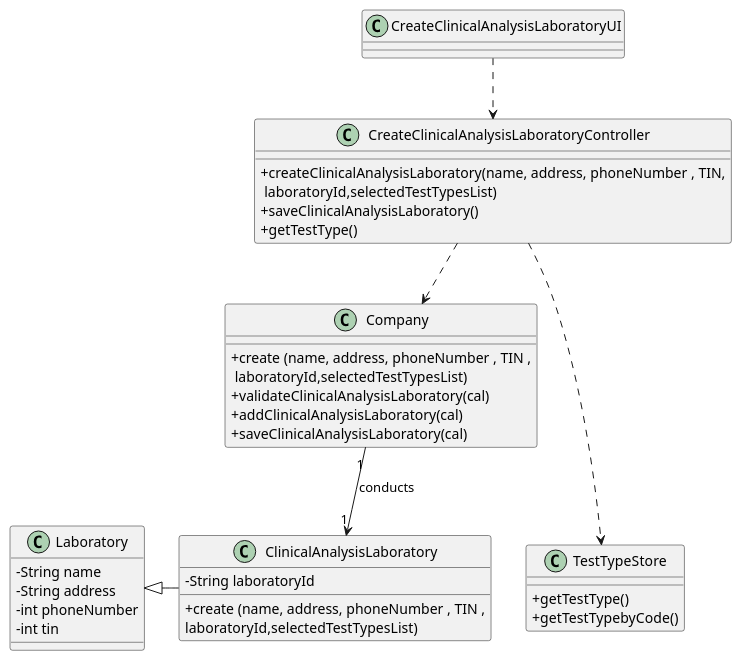
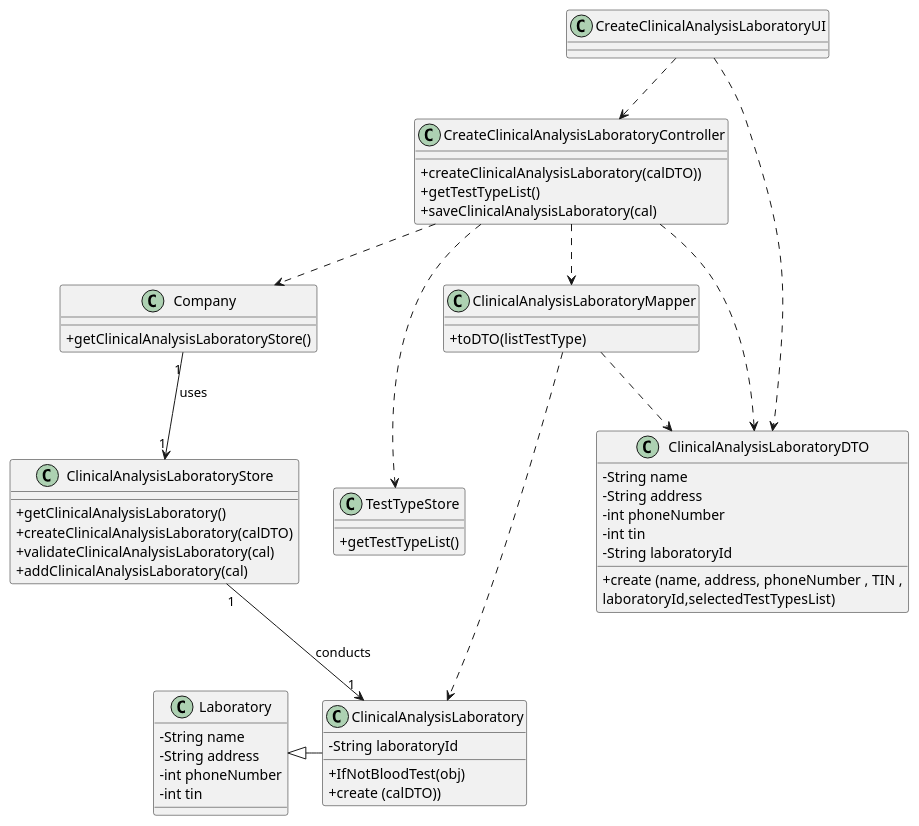
Before and after one commit to manu-07-ela/LAPR2_ISEP: the diagram in docs/SprintB/US08/US08_CD.puml, drawn with PlantUML. The commit also changed 3 other files, not shown here.

```diff
--- a/docs/SprintB/US08/US08_CD.puml
+++ b/docs/SprintB/US08/US08_CD.puml
@@ -1,53 +1,75 @@
 @startuml
 skinparam classAttributeIconSize 0
 
 class CreateClinicalAnalysisLaboratoryUI{
 }
 
 class CreateClinicalAnalysisLaboratoryController{
-  +createClinicalAnalysisLaboratory(name, address, phoneNumber , TIN,\n laboratoryId,selectedTestTypesList)
-  +saveClinicalAnalysisLaboratory()
-  +getTestType()
+  +createClinicalAnalysisLaboratory(calDTO))
+  +getTestTypeList()
+  +saveClinicalAnalysisLaboratory(cal)
 }
 
 class Company{
-+create (name, address, phoneNumber , TIN ,\n laboratoryId,selectedTestTypesList)
-  +validateClinicalAnalysisLaboratory(cal)
-  +addClinicalAnalysisLaboratory(cal)
-  +saveClinicalAnalysisLaboratory(cal)
+  +getClinicalAnalysisLaboratoryStore()
 }
 
 
 class ClinicalAnalysisLaboratory {
   -String laboratoryId
-  +create (name, address, phoneNumber , TIN ,\nlaboratoryId,selectedTestTypesList)
+  +IfNotBloodTest(obj)
+  +create (calDTO))
 
 
 }
 
 class Laboratory {
   -String name
   -String address
   -int phoneNumber
   -int tin
 
 }
 
 class TestTypeStore{
-+getTestType()
-+getTestTypebyCode()
++getTestTypeList()
+}
+
+class ClinicalAnalysisLaboratoryStore{
+  +getClinicalAnalysisLaboratory()
+  +createClinicalAnalysisLaboratory(calDTO)
+  +validateClinicalAnalysisLaboratory(cal)
+  +addClinicalAnalysisLaboratory(cal)
+}
+
+class ClinicalAnalysisLaboratoryMapper {
+   +toDTO(listTestType)
+}
+
+
+class ClinicalAnalysisLaboratoryDTO {
+  -String name
+  -String address
+  -int phoneNumber
+  -int tin
+  -String laboratoryId
+  +create (name, address, phoneNumber , TIN ,\nlaboratoryId,selectedTestTypesList)
+
+
 }
 
 
 
-
-
-
 CreateClinicalAnalysisLaboratoryUI ..> CreateClinicalAnalysisLaboratoryController
+CreateClinicalAnalysisLaboratoryUI ..> ClinicalAnalysisLaboratoryDTO
+CreateClinicalAnalysisLaboratoryController ..> ClinicalAnalysisLaboratoryDTO
 CreateClinicalAnalysisLaboratoryController ..> Company
 CreateClinicalAnalysisLaboratoryController ...> TestTypeStore
-Company "1" --> "1" ClinicalAnalysisLaboratory : conducts
+CreateClinicalAnalysisLaboratoryController ..> ClinicalAnalysisLaboratoryMapper
+ClinicalAnalysisLaboratoryStore"1" --> "1" ClinicalAnalysisLaboratory : conducts
 Laboratory  <|- ClinicalAnalysisLaboratory
-
+ClinicalAnalysisLaboratoryMapper ..> ClinicalAnalysisLaboratoryDTO
+ClinicalAnalysisLaboratoryMapper ...> ClinicalAnalysisLaboratory
+Company "1" --> "1" ClinicalAnalysisLaboratoryStore : uses
 
 @enduml
```
